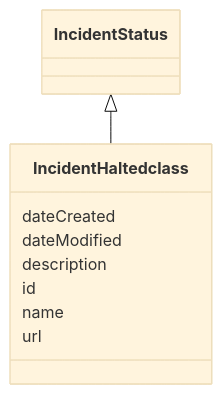
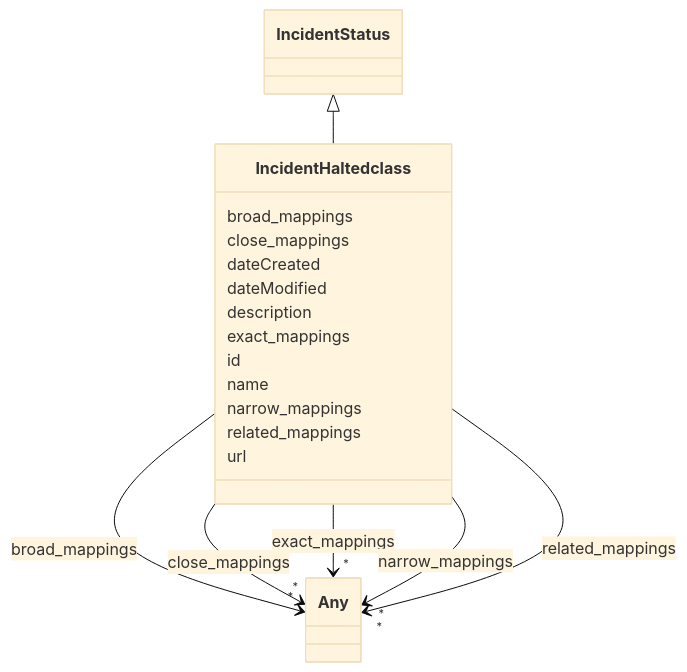
The diagram in docs/ontology/IncidentHaltedclass.md (ingelise/risk-atlas-nexus), drawn with Mermaid (base theme) before and after one commit. The commit also changed other lines of this file and 180 other files, not shown here.

````diff
--- a/docs/ontology/IncidentHaltedclass.md
+++ b/docs/ontology/IncidentHaltedclass.md
@@ -13,21 +13,76 @@
 ```mermaid
  classDiagram
     class IncidentHaltedclass
     click IncidentHaltedclass href "../IncidentHaltedclass/"
       IncidentStatus <|-- IncidentHaltedclass
         click IncidentStatus href "../IncidentStatus/"
 
+      IncidentHaltedclass : broad_mappings
+
+
+
+
+
+        IncidentHaltedclass --> "*" Any : broad_mappings
+        click Any href "../Any/"
+
+
+
+      IncidentHaltedclass : close_mappings
+
+
+
+
+
+        IncidentHaltedclass --> "*" Any : close_mappings
+        click Any href "../Any/"
+
+
+
       IncidentHaltedclass : dateCreated
 
       IncidentHaltedclass : dateModified
 
       IncidentHaltedclass : description
 
+      IncidentHaltedclass : exact_mappings
+
+
+
+
+
+        IncidentHaltedclass --> "*" Any : exact_mappings
+        click Any href "../Any/"
+
+
+
       IncidentHaltedclass : id
 
       IncidentHaltedclass : name
+
+      IncidentHaltedclass : narrow_mappings
+
+
+
+
+
+        IncidentHaltedclass --> "*" Any : narrow_mappings
+        click Any href "../Any/"
+
+
+
+      IncidentHaltedclass : related_mappings
+
+
+
+
+
+        IncidentHaltedclass --> "*" Any : related_mappings
+        click Any href "../Any/"
+
+
 
       IncidentHaltedclass : url
 
 
 ```
````
